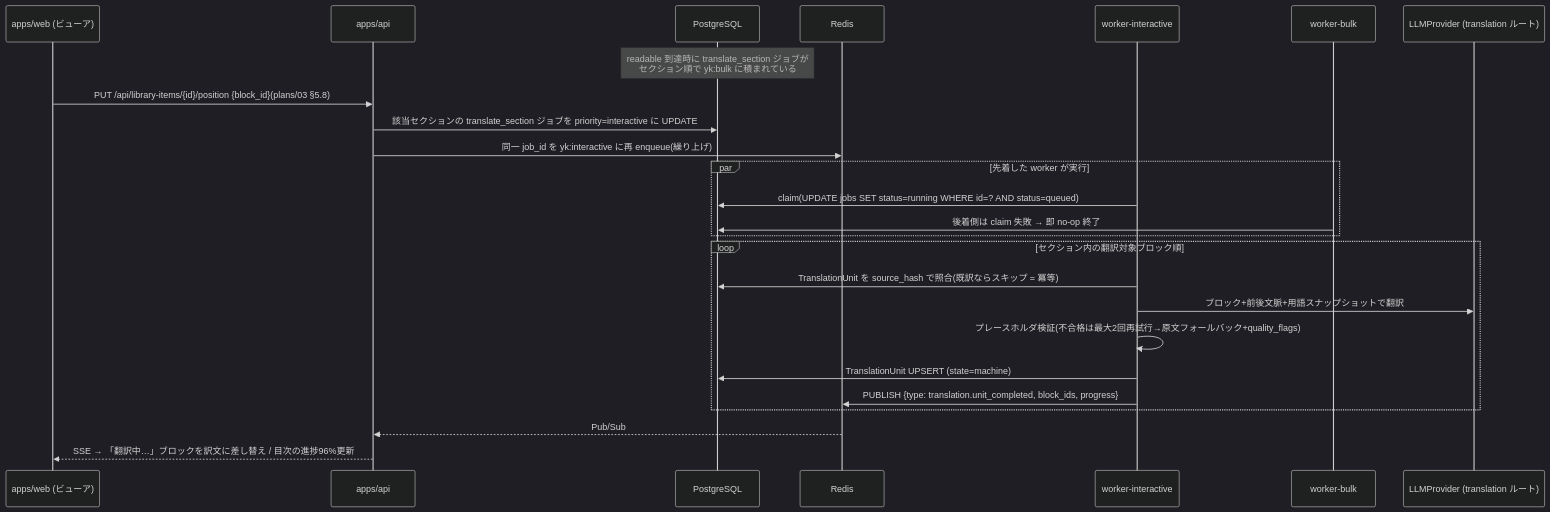
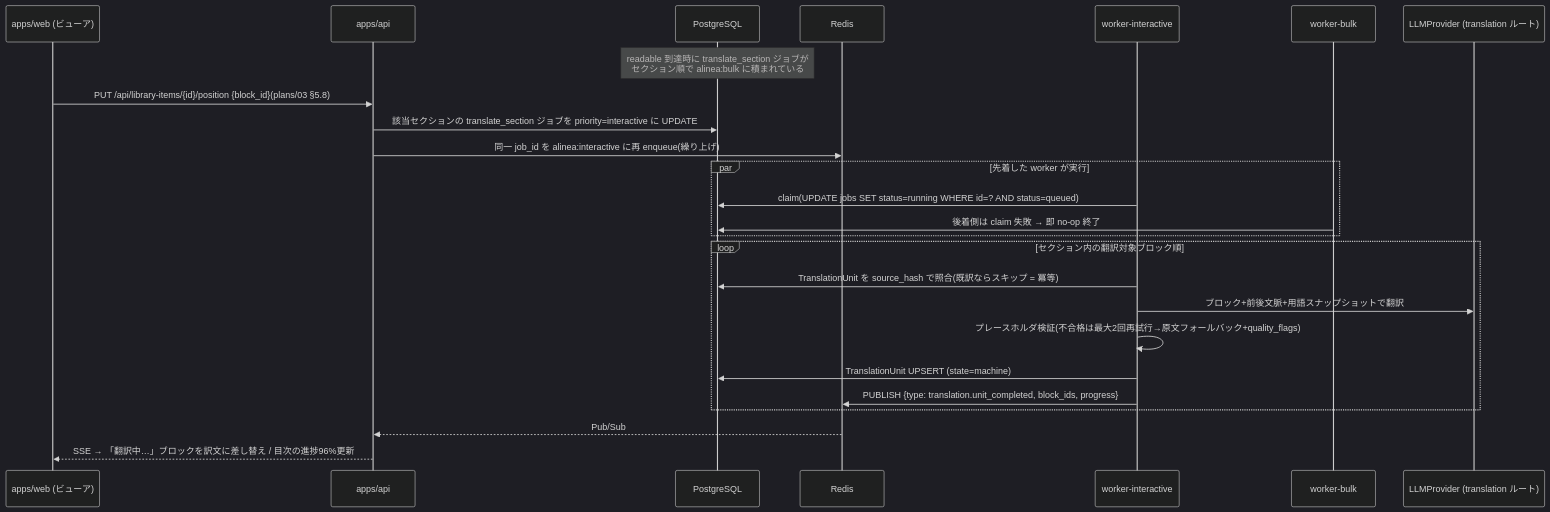
The third of 6 diagrams in plans/01-architecture.md (frkake/alinea), drawn with Mermaid (dark theme) before and after one commit. The commit also changed other lines of this file and 750 other files, not shown here.

````diff
--- a/plans/01-architecture.md
+++ b/plans/01-architecture.md
@@ -143,28 +143,28 @@
 ```mermaid
 sequenceDiagram
     participant WEB as apps/web (ビューア)
     participant API as apps/api
     participant PG as PostgreSQL
     participant RD as Redis
     participant WI as worker-interactive
     participant WB as worker-bulk
     participant LLM as LLMProvider (translation ルート)
 
-    Note over PG: readable 到達時に translate_section ジョブが<br/>セクション順で yk:bulk に積まれている
+    Note over PG: readable 到達時に translate_section ジョブが<br/>セクション順で alinea:bulk に積まれている
     WEB->>API: PUT /api/library-items/{id}/position {block_id}(plans/03 §5.8)
     API->>PG: 該当セクションの translate_section ジョブを priority=interactive に UPDATE
-    API->>RD: 同一 job_id を yk:interactive に再 enqueue(繰り上げ)
+    API->>RD: 同一 job_id を alinea:interactive に再 enqueue(繰り上げ)
     par 先着した worker が実行
         WI->>PG: claim(UPDATE jobs SET status=running WHERE id=? AND status=queued)
         WB->>PG: 後着側は claim 失敗 → 即 no-op 終了
     end
     loop セクション内の翻訳対象ブロック順
         WI->>PG: TranslationUnit を source_hash で照合(既訳ならスキップ = 冪等)
         WI->>LLM: ブロック+前後文脈+用語スナップショットで翻訳
         WI->>WI: プレースホルダ検証(不合格は最大2回再試行→原文フォールバック+quality_flags)
         WI->>PG: TranslationUnit UPSERT (state=machine)
         WI->>RD: PUBLISH {type: translation.unit_completed, block_ids, progress}
     end
     RD-->>API: Pub/Sub
     API-->>WEB: SSE → 「翻訳中…」ブロックを訳文に差し替え / 目次の進捗96%更新
 ```
````
